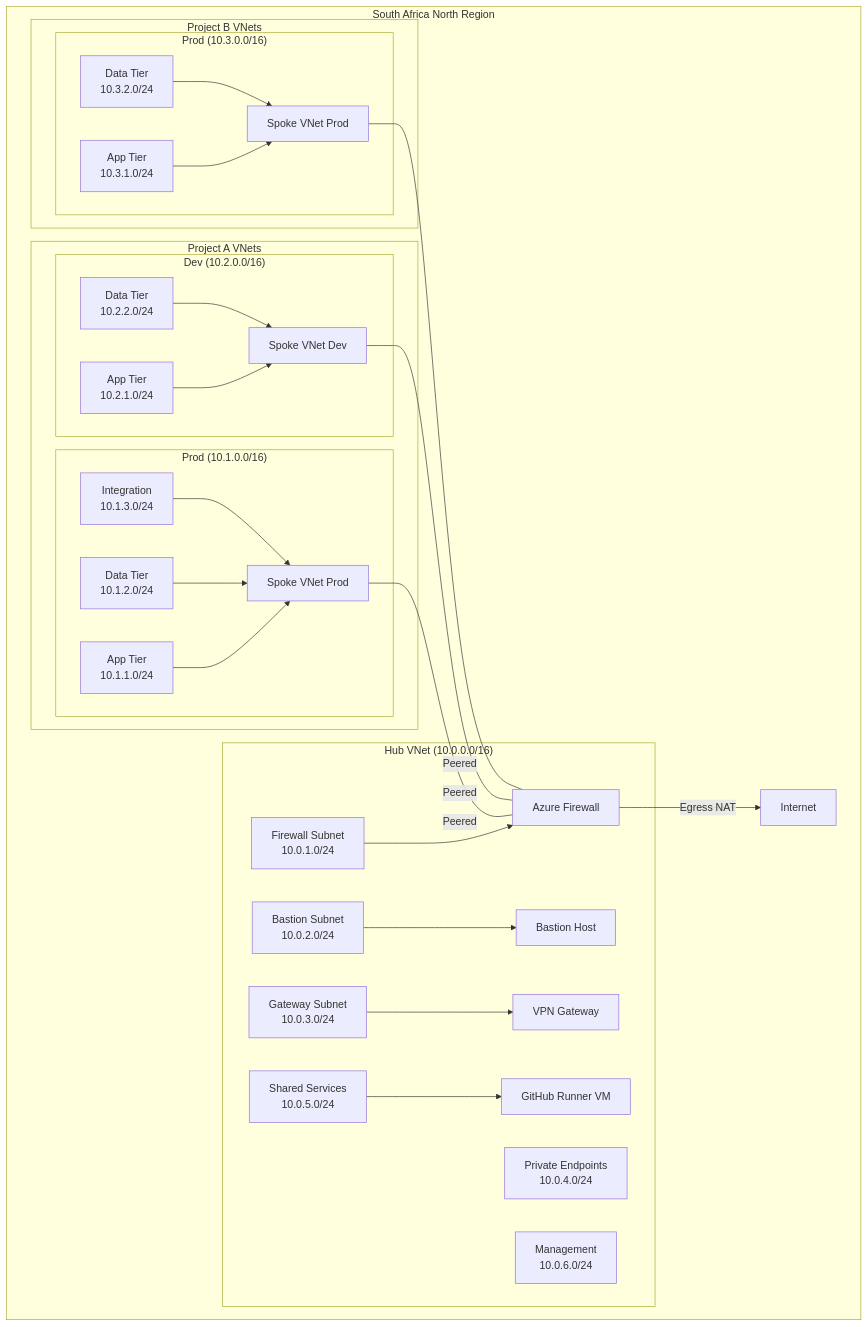
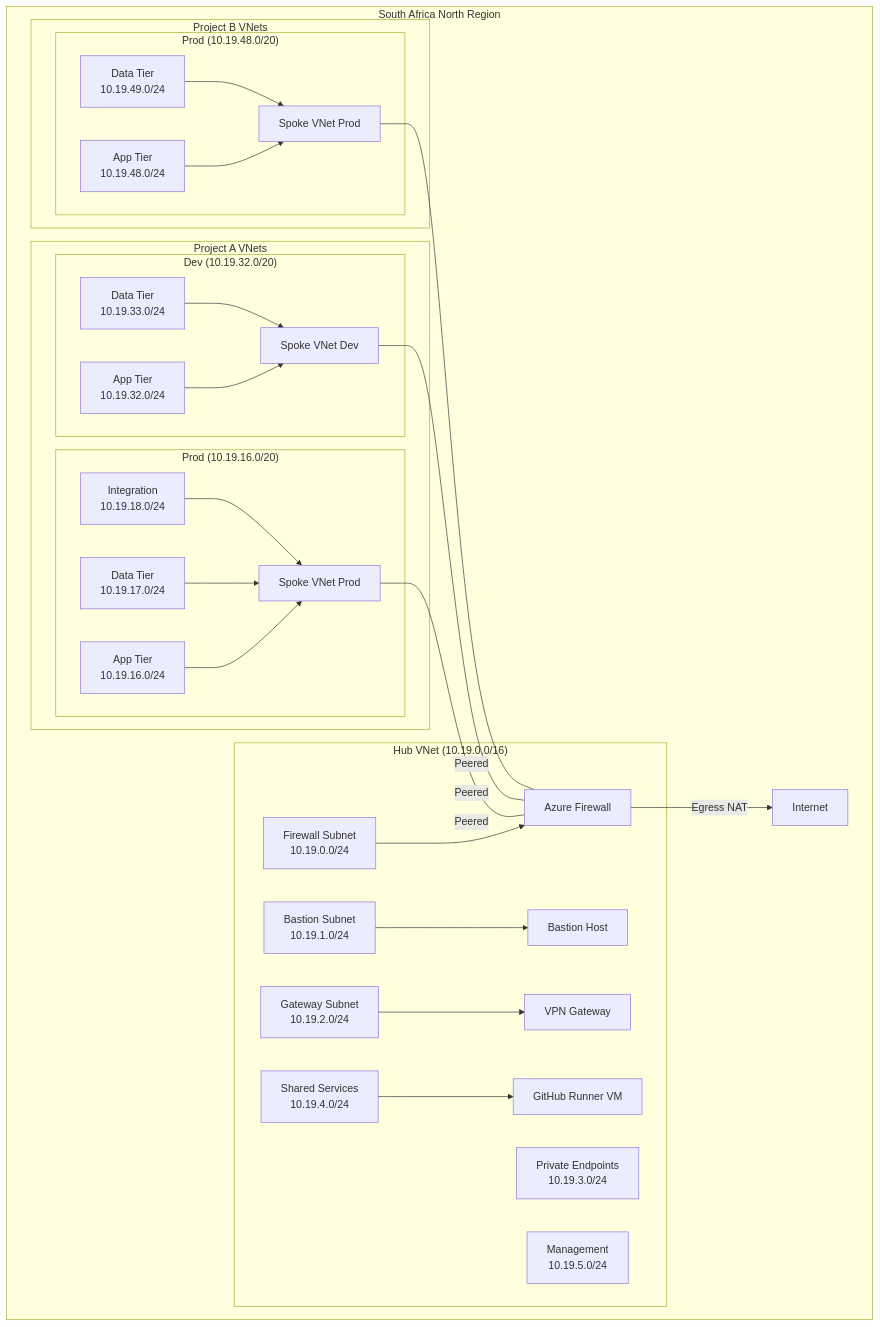
Before and after one commit to neetima27/AzureNamingTool: the third of 10 diagrams in design/diagrams/ARCHITECTURE_DIAGRAMS.md, drawn with Mermaid. The commit also changed other lines of this file and 13 other files, not shown here.

````diff
--- a/design/diagrams/ARCHITECTURE_DIAGRAMS.md
+++ b/design/diagrams/ARCHITECTURE_DIAGRAMS.md
@@ -117,59 +119,59 @@
 ```mermaid
 graph TB
     subgraph "South Africa North Region"
-        subgraph "Hub VNet (10.0.0.0/16)"
-            FW_SUBNET["Firewall Subnet<br/>10.0.1.0/24"]
-            BASTION_SUBNET["Bastion Subnet<br/>10.0.2.0/24"]
-            GATEWAY_SUBNET["Gateway Subnet<br/>10.0.3.0/24"]
-            PE_SUBNET["Private Endpoints<br/>10.0.4.0/24"]
-            SHARED_SUBNET["Shared Services<br/>10.0.5.0/24"]
-            MGMT_SUBNET["Management<br/>10.0.6.0/24"]
+        subgraph "Hub VNet (10.19.0.0/16)"
+            FW_SUBNET["Firewall Subnet<br/>10.19.0.0/24"]
+    BASTION_SUBNET["Bastion Subnet<br/>10.19.1.0/24"]
+    GATEWAY_SUBNET["Gateway Subnet<br/>10.19.2.0/24"]
+    PE_SUBNET["Private Endpoints<br/>10.19.3.0/24"]
+    SHARED_SUBNET["Shared Services<br/>10.19.4.0/24"]
+    MGMT_SUBNET["Management<br/>10.19.5.0/24"]
             
             FW["Azure Firewall"]
             BASTION["Bastion Host"]
             VPN["VPN Gateway"]
             RUNNER["GitHub Runner VM"]
             
             FW_SUBNET --> FW
             BASTION_SUBNET --> BASTION
             GATEWAY_SUBNET --> VPN
             SHARED_SUBNET --> RUNNER
         end
         
         subgraph "Project A VNets"
-            subgraph "Prod (10.1.0.0/16)"
-                APP_SUBNET_A1["App Tier<br/>10.1.1.0/24"]
-                DB_SUBNET_A1["Data Tier<br/>10.1.2.0/24"]
-                INT_SUBNET_A1["Integration<br/>10.1.3.0/24"]
+            subgraph "Prod (10.19.16.0/20)"
+                APP_SUBNET_A1["App Tier<br/>10.19.16.0/24"]
+                DB_SUBNET_A1["Data Tier<br/>10.19.17.0/24"]
+                INT_SUBNET_A1["Integration<br/>10.19.18.0/24"]
                 VNET_A_PROD["Spoke VNet Prod"]
                 APP_SUBNET_A1 --> VNET_A_PROD
                 DB_SUBNET_A1 --> VNET_A_PROD
                 INT_SUBNET_A1 --> VNET_A_PROD
             end
             
-            subgraph "Dev (10.2.0.0/16)"
-                APP_SUBNET_A2["App Tier<br/>10.2.1.0/24"]
-                DB_SUBNET_A2["Data Tier<br/>10.2.2.0/24"]
+            subgraph "Dev (10.19.32.0/20)"
+                APP_SUBNET_A2["App Tier<br/>10.19.32.0/24"]
+                DB_SUBNET_A2["Data Tier<br/>10.19.33.0/24"]
                 VNET_A_DEV["Spoke VNet Dev"]
                 APP_SUBNET_A2 --> VNET_A_DEV
                 DB_SUBNET_A2 --> VNET_A_DEV
             end
         end
         
         subgraph "Project B VNets"
-            subgraph "Prod (10.3.0.0/16)"
-                APP_SUBNET_B1["App Tier<br/>10.3.1.0/24"]
-                DB_SUBNET_B1["Data Tier<br/>10.3.2.0/24"]
+            subgraph "Prod (10.19.48.0/20)"
+                APP_SUBNET_B1["App Tier<br/>10.19.48.0/24"]
+                DB_SUBNET_B1["Data Tier<br/>10.19.49.0/24"]
                 VNET_B_PROD["Spoke VNet Prod"]
                 APP_SUBNET_B1 --> VNET_B_PROD
                 DB_SUBNET_B1 --> VNET_B_PROD
             end
         end
         
         VNET_A_PROD ---|Peered| FW
         VNET_A_DEV ---|Peered| FW
         VNET_B_PROD ---|Peered| FW
         
         FW -->|Egress NAT| INTERNET["Internet"]
     end
 ```
````
